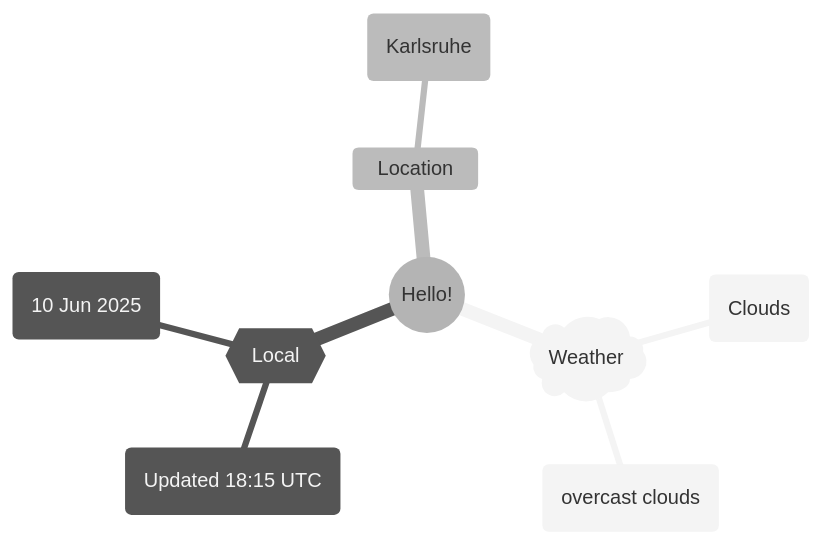
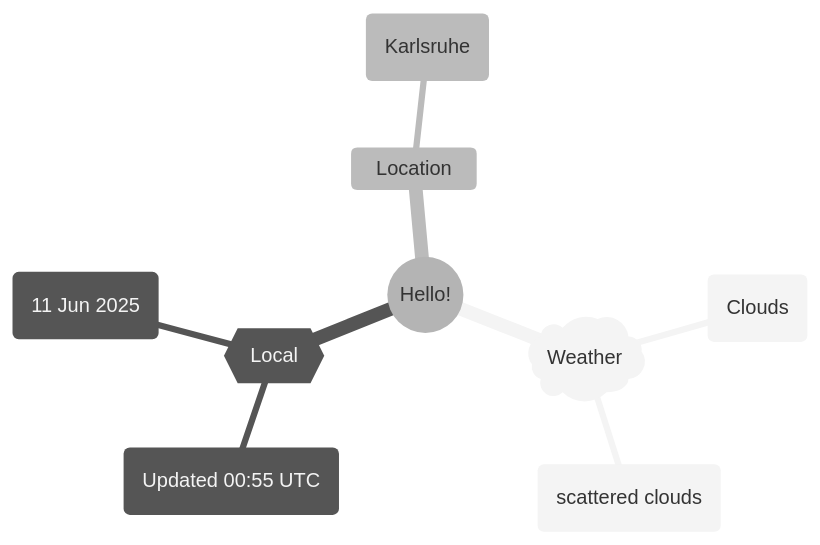
The first of 2 diagrams in README.md (Xosrov/Xosrov), drawn with Mermaid (neutral theme) before and after one commit.

Commit message:
[bot] updated images

````diff
--- a/README.md
+++ b/README.md
@@ -3,12 +3,12 @@
 ```mermaid
 mindmap
   root((Hello!))
     )Weather(
         (Clouds)
-        (overcast clouds)
+        (scattered clouds)
     {{Local}}
-        (Updated 18:15 UTC)
-        (10 Jun 2025)
+        (Updated 00:55 UTC)
+        (11 Jun 2025)
     Location
         (Karlsruhe)
 ```
````
